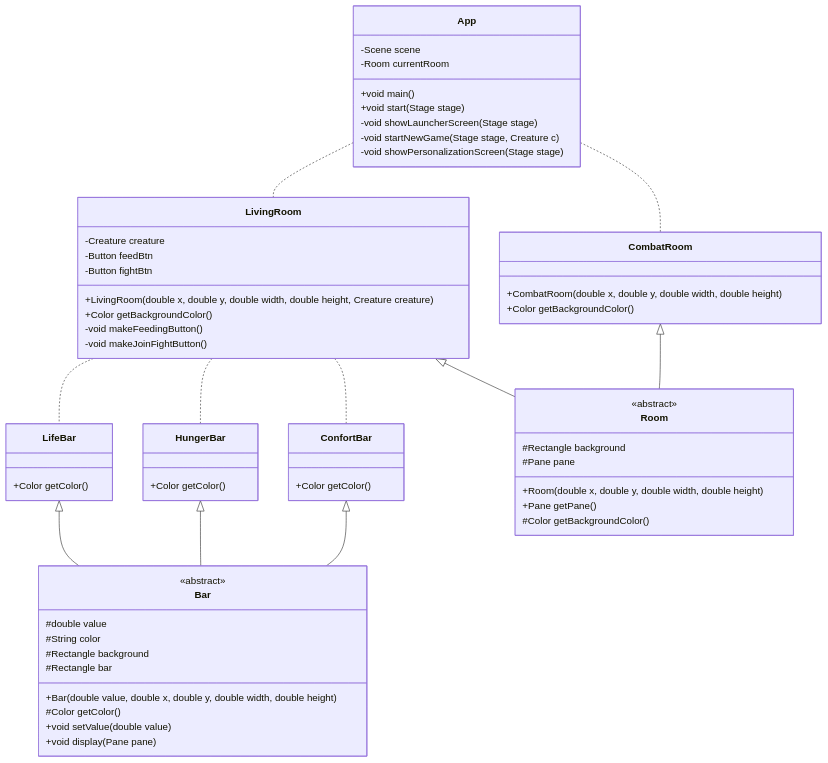
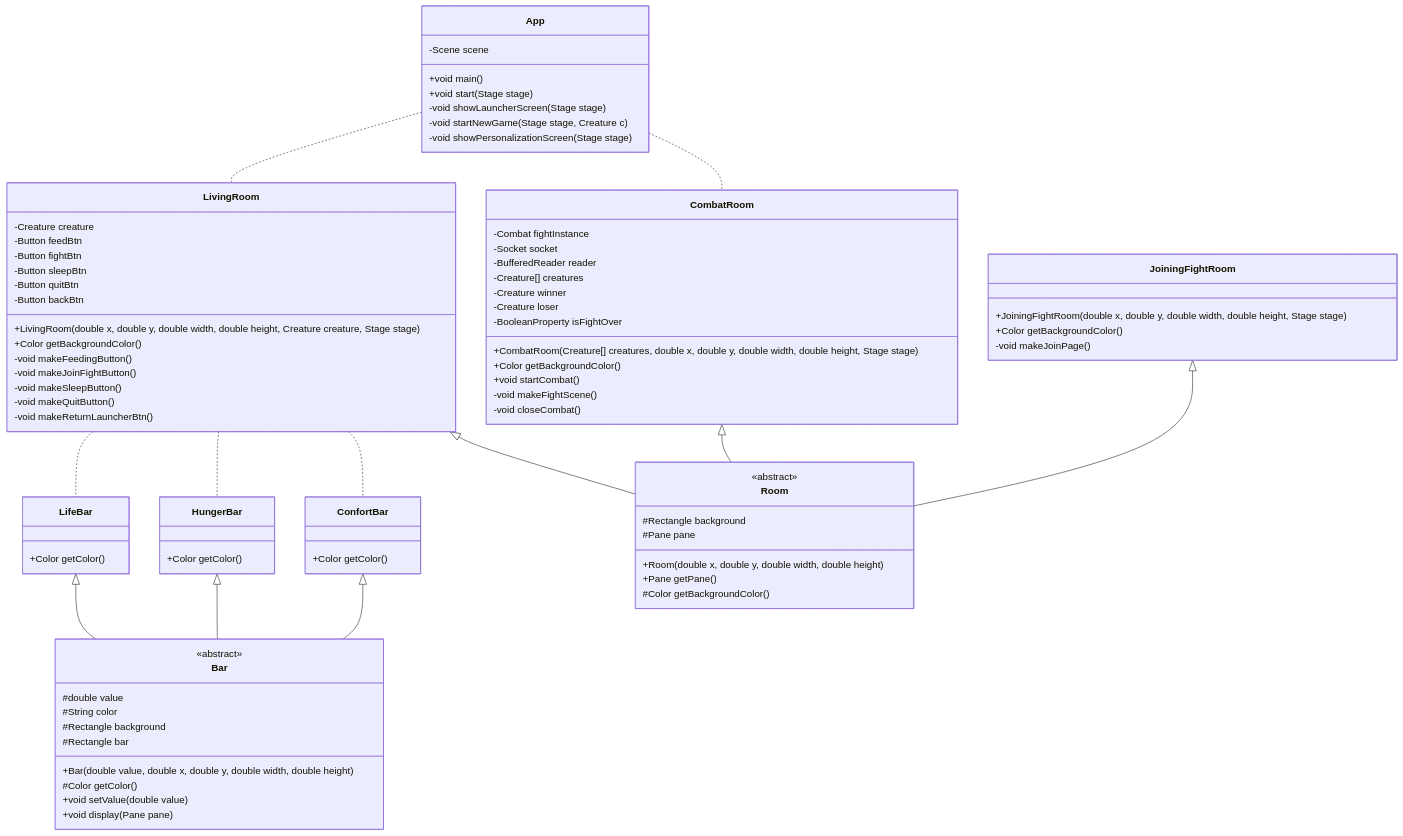
The second of 4 diagrams in README.md (Logeodev/java-exam), drawn with Mermaid before and after one commit. The commit also changed other lines of this file and 10 other files, not shown here.

```diff
--- a/README.md
+++ b/README.md
@@ -127,25 +127,50 @@
     -Creature creature
     -Button feedBtn
     -Button fightBtn
+    -Button sleepBtn
+    -Button quitBtn
+    -Button backBtn
 
-    +LivingRoom(double x, double y, double width, double height, Creature creature)
+    +LivingRoom(double x, double y, double width, double height, Creature creature, Stage stage)
     +Color getBackgroundColor()
     -void makeFeedingButton()
     -void makeJoinFightButton()
+    -void makeSleepButton()
+    -void makeQuitButton()
+    -void makeReturnLauncherBtn()
 }
 
 LivingRoom <|-- Room
 
 class CombatRoom {
-    +CombatRoom(double x, double y, double width, double height)
+    -Combat fightInstance
+    -Socket socket
+    -BufferedReader reader
+    -Creature[] creatures
+    -Creature winner
+    -Creature loser
+    -BooleanProperty isFightOver
+
+    +CombatRoom(Creature[] creatures, double x, double y, double width, double height, Stage stage)
     +Color getBackgroundColor()
+    +void startCombat()
+    -void makeFightScene()
+    -void closeCombat()
 }
 
 CombatRoom <|-- Room
 
+class JoiningFightRoom {
+    +JoiningFightRoom(double x, double y, double width, double height, Stage stage)
+    +Color getBackgroundColor()
+    -void makeJoinPage()
+
+}
+
+JoiningFightRoom <|-- Room
+
 class App {
     -Scene scene
-    -Room currentRoom
 
     +void main()
     +void start(Stage stage)
```
